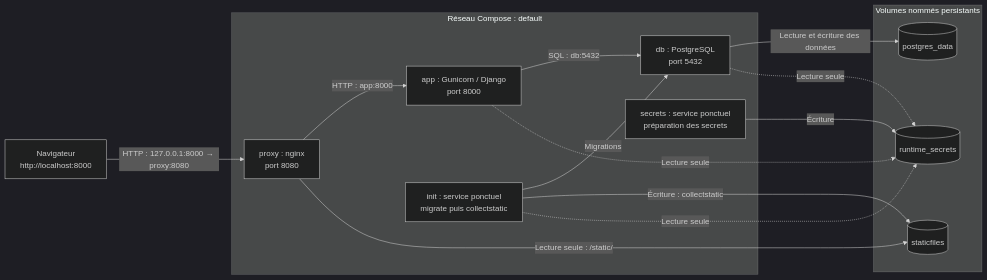
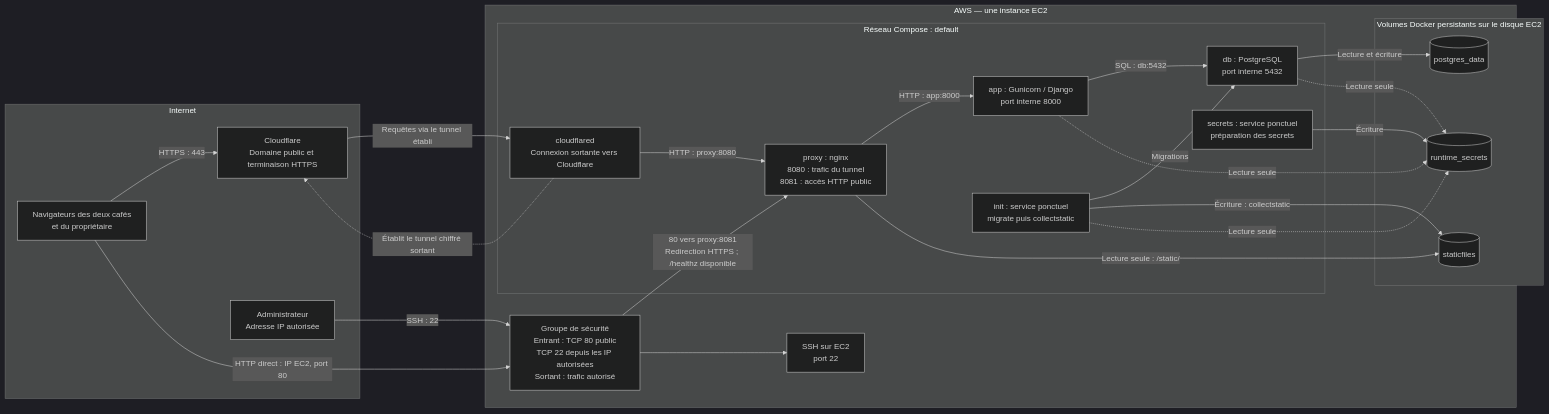
One commit to ShepherdPoggers/cafeDolbeau_ changed the first of 2 diagrams in docs/conception.md. Above: the diagram before and after it, drawn with Mermaid (dark theme). The commit also changed other lines of this file and 7 other files, not shown here.

````diff
--- a/docs/conception.md
+++ b/docs/conception.md
@@ -81,31 +82,47 @@
 ```mermaid
 flowchart LR
-    navigateur["Navigateur<br/>http://localhost:8000"]
-
-    subgraph reseau["Réseau Compose : default"]
-        proxy["proxy : nginx<br/>port 8080"]
-        app["app : Gunicorn / Django<br/>port 8000"]
-        db["db : PostgreSQL<br/>port 5432"]
-        init["init : service ponctuel<br/>migrate puis collectstatic"]
-        secrets["secrets : service ponctuel<br/>préparation des secrets"]
-
-        proxy -->|"HTTP : app:8000"| app
-        app -->|"SQL : db:5432"| db
-        init -->|"Migrations"| db
+    subgraph internet["Internet"]
+        navigateur["Navigateurs des deux cafés<br/>et du propriétaire"]
+        cloudflare["Cloudflare<br/>Domaine public et terminaison HTTPS"]
+        admin["Administrateur<br/>Adresse IP autorisée"]
     end
 
-    subgraph volumes["Volumes nommés persistants"]
-        postgres_data[("postgres_data")]
-        staticfiles[("staticfiles")]
-        runtime_secrets[("runtime_secrets")]
+    subgraph aws["AWS — une instance EC2"]
+        sg["Groupe de sécurité<br/>Entrant : TCP 80 public<br/>TCP 22 depuis les IP autorisées<br/>Sortant : trafic autorisé"]
+        ssh["SSH sur EC2<br/>port 22"]
+
+        subgraph reseau["Réseau Compose : default"]
+            tunnel["cloudflared<br/>Connexion sortante vers Cloudflare"]
+            proxy["proxy : nginx<br/>8080 : trafic du tunnel<br/>8081 : accès HTTP public"]
+            app["app : Gunicorn / Django<br/>port interne 8000"]
+            db["db : PostgreSQL<br/>port interne 5432"]
+            init["init : service ponctuel<br/>migrate puis collectstatic"]
+            secrets["secrets : service ponctuel<br/>préparation des secrets"]
+        end
+
+        subgraph volumes["Volumes Docker persistants sur le disque EC2"]
+            postgres_data[("postgres_data")]
+            staticfiles[("staticfiles")]
+            runtime_secrets[("runtime_secrets")]
+        end
     end
 
-    navigateur -->|"HTTP : 127.0.0.1:8000 → proxy:8080"| proxy
-    db -->|"Lecture et écriture des données"| postgres_data
+    navigateur -->|"HTTPS : 443"| cloudflare
+    tunnel -.->|"Établit le tunnel chiffré sortant"| cloudflare
+    cloudflare -->|"Requêtes via le tunnel établi"| tunnel
+    tunnel -->|"HTTP : proxy:8080"| proxy
+    navigateur -->|"HTTP direct : IP EC2, port 80"| sg
+    sg -->|"80 vers proxy:8081<br/>Redirection HTTPS ; /healthz disponible"| proxy
+    admin -->|"SSH : 22"| sg
+    sg --> ssh
+    proxy -->|"HTTP : app:8000"| app
+    app -->|"SQL : db:5432"| db
+    init -->|"Migrations"| db
+    db -->|"Lecture et écriture"| postgres_data
     init -->|"Écriture : collectstatic"| staticfiles
     proxy -->|"Lecture seule : /static/"| staticfiles
     secrets -->|"Écriture"| runtime_secrets
     app -.->|"Lecture seule"| runtime_secrets
     db -.->|"Lecture seule"| runtime_secrets
     init -.->|"Lecture seule"| runtime_secrets
 ```
````
